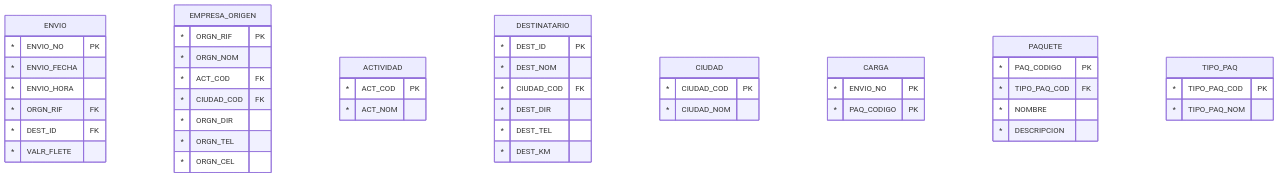
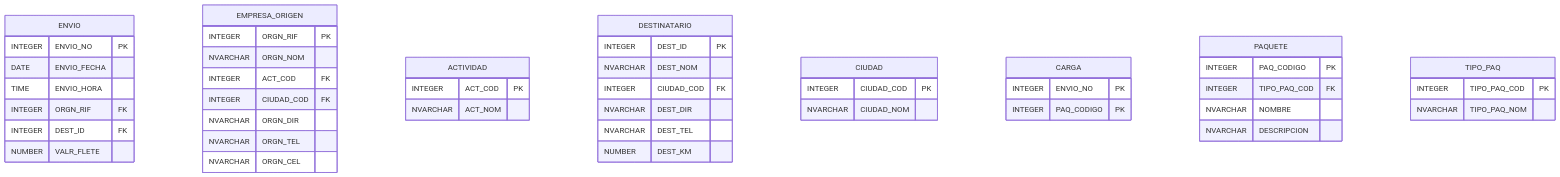
One commit to ppandomail/data changed the fourth of 4 diagrams in materias/base-datos/tps/TP4-normalizacion.md. Above: the diagram before and after it, drawn with Mermaid. The commit also changed other lines of this file and 1 other file, not shown here.

````diff
--- a/materias/base-datos/tps/TP4-normalizacion.md
+++ b/materias/base-datos/tps/TP4-normalizacion.md
@@ -102,57 +102,57 @@
 ```mermaid
 erDiagram
     ENVIO {
-        * ENVIO_NO PK
-        * ENVIO_FECHA
-        * ENVIO_HORA
-        * ORGN_RIF FK
-        * DEST_ID FK 
-        * VALR_FLETE  
+        INTEGER ENVIO_NO PK
+        DATE    ENVIO_FECHA
+        TIME    ENVIO_HORA
+        INTEGER ORGN_RIF FK
+        INTEGER DEST_ID FK 
+        NUMBER  VALR_FLETE  
     }
 
     EMPRESA_ORIGEN {
-        * ORGN_RIF PK
-        * ORGN_NOM
-        * ACT_COD FK
-        * CIUDAD_COD FK
-        * ORGN_DIR
-        * ORGN_TEL
-        * ORGN_CEL
+        INTEGER  ORGN_RIF PK
+        NVARCHAR ORGN_NOM
+        INTEGER  ACT_COD FK
+        INTEGER  CIUDAD_COD FK
+        NVARCHAR ORGN_DIR
+        NVARCHAR ORGN_TEL
+        NVARCHAR ORGN_CEL
     }
 
     ACTIVIDAD {
-        * ACT_COD PK
-        * ACT_NOM
+        INTEGER  ACT_COD PK
+        NVARCHAR ACT_NOM
     }
 
     DESTINATARIO {
-        * DEST_ID PK
-        * DEST_NOM
-        * CIUDAD_COD FK
-        * DEST_DIR
-        * DEST_TEL
-        * DEST_KM 
+        INTEGER  DEST_ID PK
+        NVARCHAR DEST_NOM
+        INTEGER  CIUDAD_COD FK
+        NVARCHAR DEST_DIR
+        NVARCHAR DEST_TEL
+        NUMBER   DEST_KM 
     }
 
     CIUDAD {
-        * CIUDAD_COD PK
-        * CIUDAD_NOM
+        INTEGER  CIUDAD_COD PK
+        NVARCHAR CIUDAD_NOM
     }
 
     CARGA {
-        * ENVIO_NO PK
-        * PAQ_CODIGO PK
+        INTEGER ENVIO_NO PK
+        INTEGER PAQ_CODIGO PK
     }
 
     PAQUETE {
-        * PAQ_CODIGO PK
-        * TIPO_PAQ_COD FK
-        * NOMBRE
-        * DESCRIPCION
+        INTEGER  PAQ_CODIGO PK
+        INTEGER  TIPO_PAQ_COD FK
+        NVARCHAR NOMBRE
+        NVARCHAR DESCRIPCION
     }
 
     TIPO_PAQ {
-        * TIPO_PAQ_COD PK
-        * TIPO_PAQ_NOM
+        INTEGER  TIPO_PAQ_COD PK
+        NVARCHAR TIPO_PAQ_NOM
     }
 ```
````
